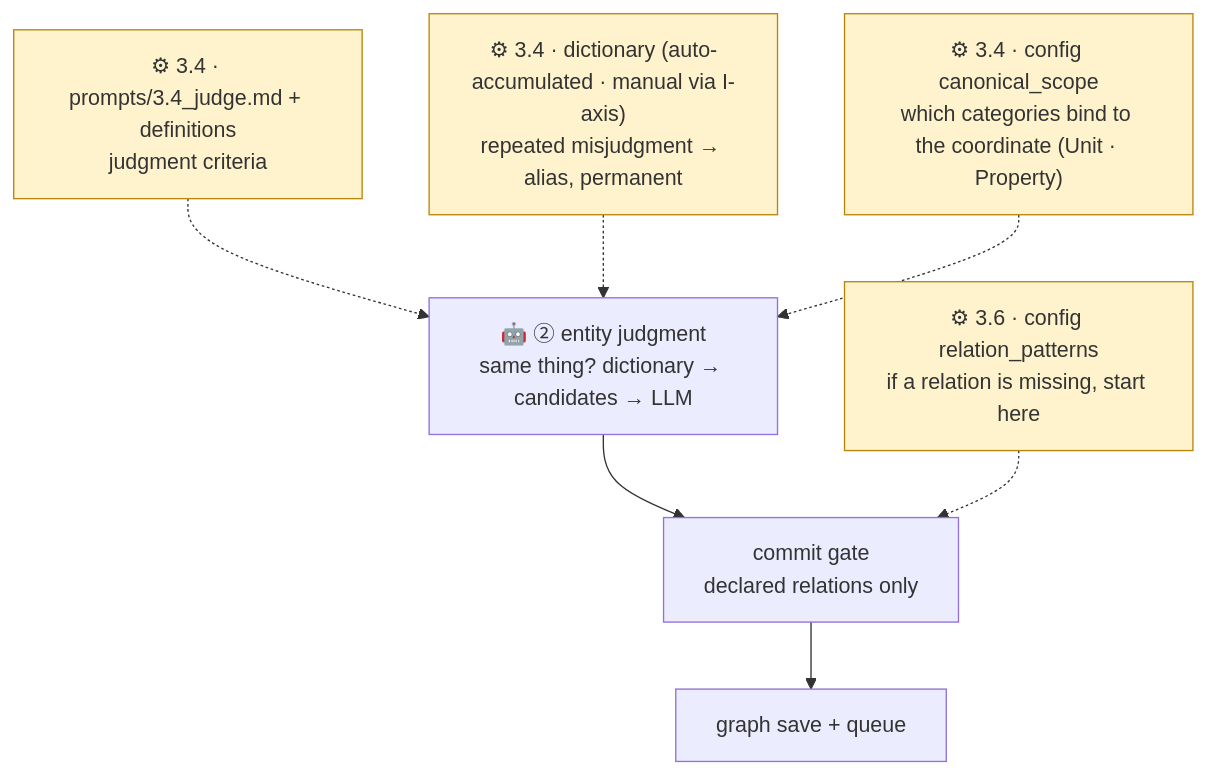
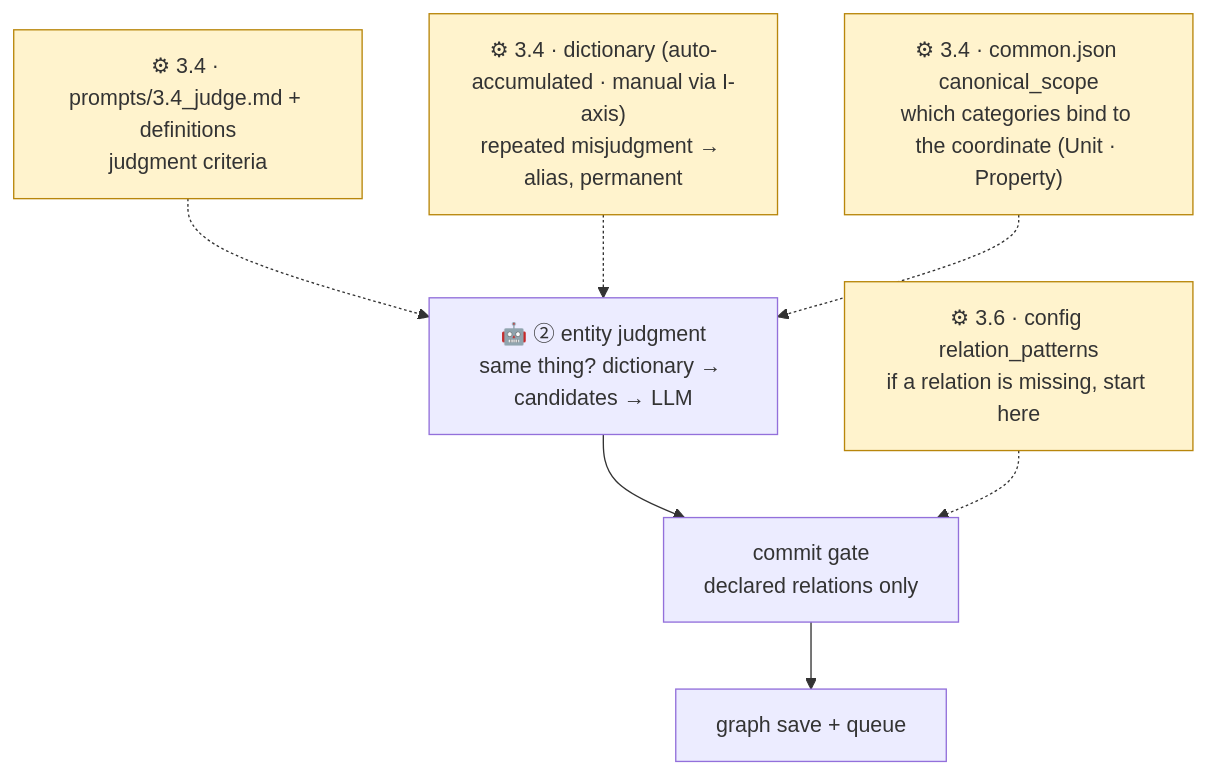
One commit to playjae0/ontology_system changed the third of 4 diagrams in docs/구조도/05_조절_지도.md. Above: the diagram before and after it, drawn with Mermaid. The commit also changed other lines of this file and 59 other files, not shown here.

````diff
--- a/docs/구조도/05_조절_지도.md
+++ b/docs/구조도/05_조절_지도.md
@@ -58,11 +58,11 @@
 ```mermaid
 flowchart TD
   I["🤖 ② entity judgment<br/>same thing? dictionary → candidates → LLM"]
   I --> J["commit gate<br/>declared relations only"] --> K["graph save + queue"]
 
   Q2["⚙ 3.4 · prompts/3.4_judge.md + definitions<br/>judgment criteria"]:::knob -.-> I
   Q3["⚙ 3.4 · dictionary (auto-accumulated · manual via I-axis)<br/>repeated misjudgment → alias, permanent"]:::knob -.-> I
   Q4["⚙ 3.6 · config relation_patterns<br/>if a relation is missing, start here"]:::knob -.-> J
-  Q5["⚙ 3.4 · config canonical_scope<br/>which categories bind to the coordinate (Unit · Property)"]:::knob -.-> I
+  Q5["⚙ 3.4 · common.json canonical_scope<br/>which categories bind to the coordinate (Unit · Property)"]:::knob -.-> I
   classDef knob fill:#fff3cd,stroke:#b8860b
 ```
````
